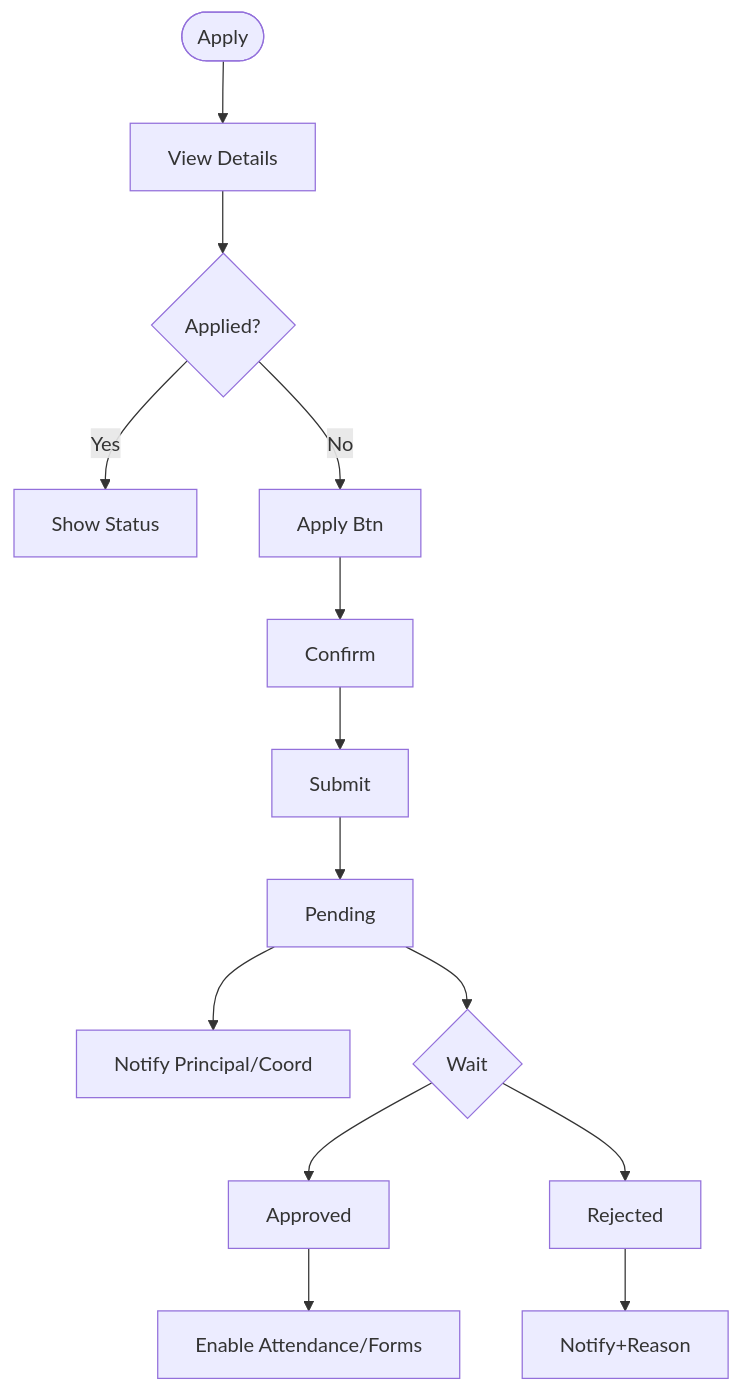
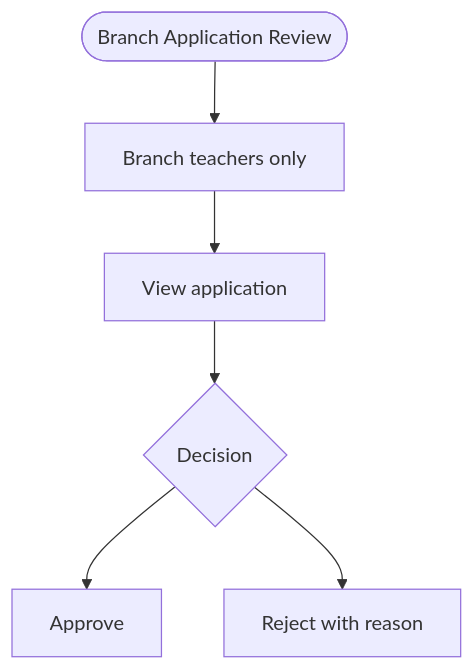
One commit to gunjangupta-gh/placeintern changed diagram 15 of 27 in TRAINING_CALENDAR_FLOW_DIAGRAMS.md. Above: the diagram before and after it, drawn with Mermaid. The commit also changed other lines of this file and 1 other file, not shown here.

Commit message:
feat: add timezone handling for attendance date resolution in TrainingAttendanceService

````diff
--- a/TRAINING_CALENDAR_FLOW_DIAGRAMS.md
+++ b/TRAINING_CALENDAR_FLOW_DIAGRAMS.md
@@ -261,10 +227,8 @@
 ```mermaid
 flowchart TD
-    A([Apply])-->B[View Details]-->C{Applied?}
-    C-->|Yes|D[Show Status]
-    C-->|No|E[Apply Btn]-->F[Confirm]-->G[Submit]
-    G-->H[Pending]-->I[Notify Principal/Coord]
-    H-->J{Wait}
-    J-->K[Approved]-->L[Enable Attendance/Forms]
-    J-->M[Rejected]-->N[Notify+Reason]
+    A([Branch Application Review]) --> B[Branch teachers only]
+    B --> C[View application]
+    C --> D{Decision}
+    D --> E[Approve]
+    D --> F[Reject with reason]
 ```
````
